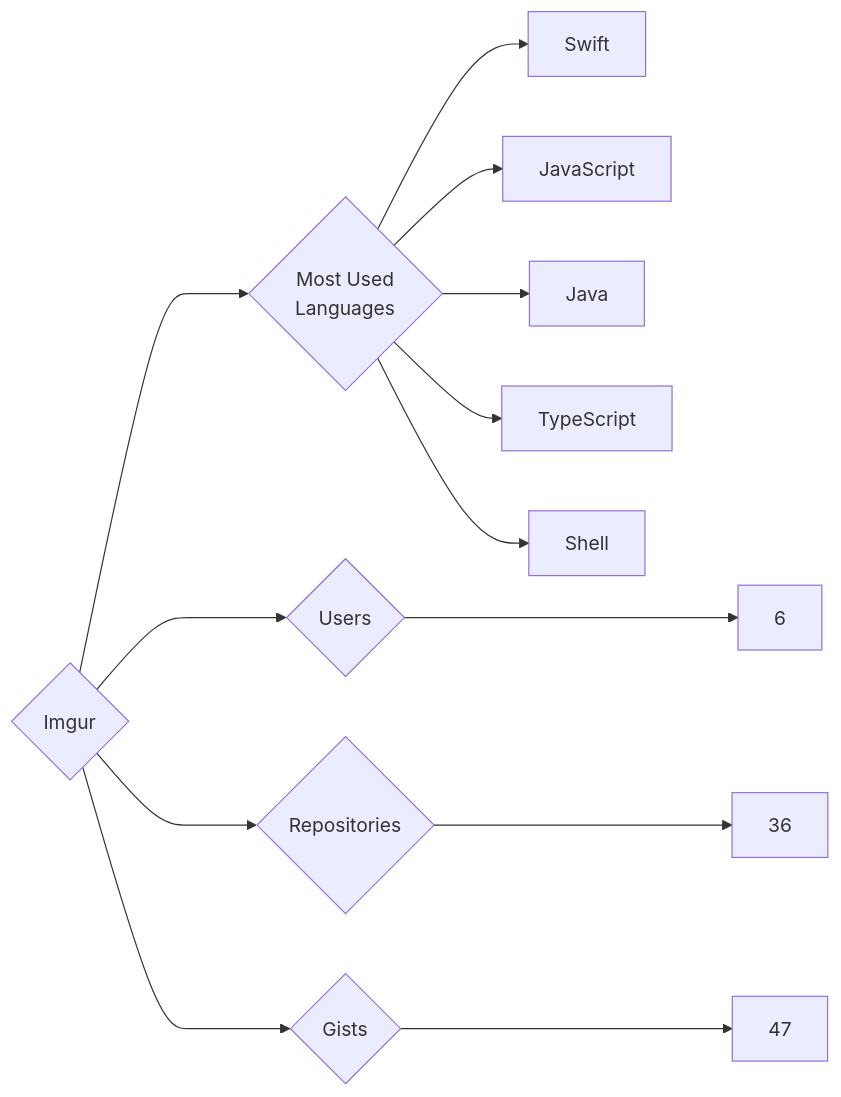
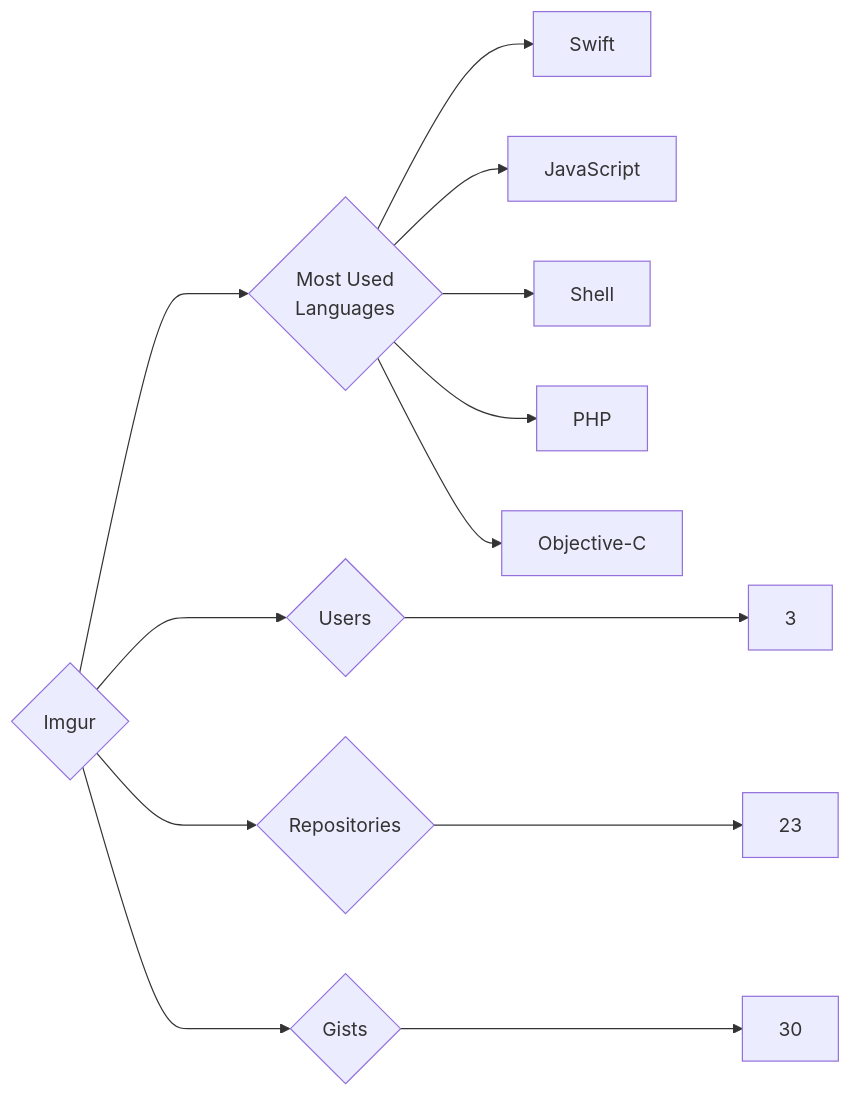
One commit to trickest/insiders changed the diagram in targets/Imgur/README.md. Above: the diagram before and after it, drawn with Mermaid. The commit also changed 984 other files, not shown here.

````diff
--- a/targets/Imgur/README.md
+++ b/targets/Imgur/README.md
@@ -3,13 +3,13 @@
 ```mermaid
 graph LR
 COMPANY_NAME{Imgur}
-COMPANY_NAME ---> U{Users} ---> UN[6]
-COMPANY_NAME ---> R{Repositories} ---> RN[36]
-COMPANY_NAME ---> G{Gists} ---> GN[47]
+COMPANY_NAME ---> U{Users} ---> UN[3]
+COMPANY_NAME ---> R{Repositories} ---> RN[23]
+COMPANY_NAME ---> G{Gists} ---> GN[30]
 COMPANY_NAME ---> ML{Most Used<br>Languages}
 ML --> Swift[Swift]
 ML --> JavaScript[JavaScript]
-ML --> Java[Java]
-ML --> TypeScript[TypeScript]
 ML --> Shell[Shell]
+ML --> PHP[PHP]
+ML --> Objective-C[Objective-C]
 ```
````
